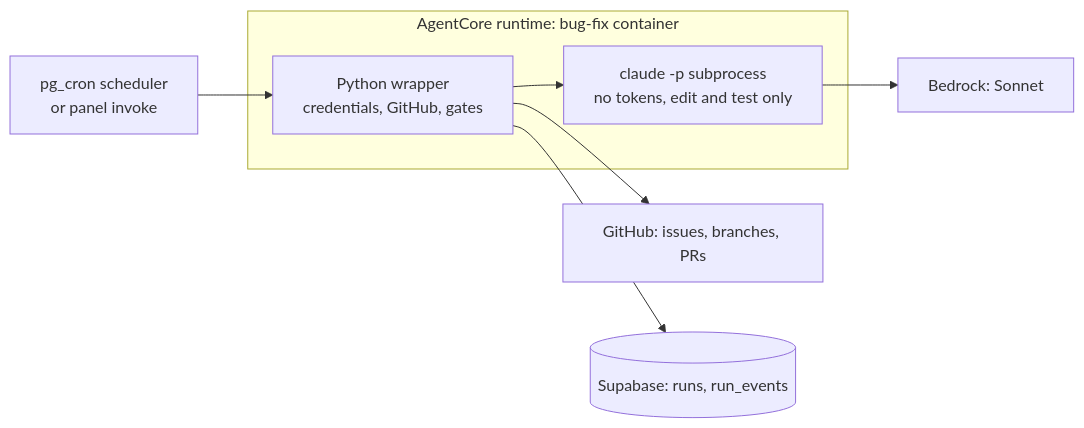
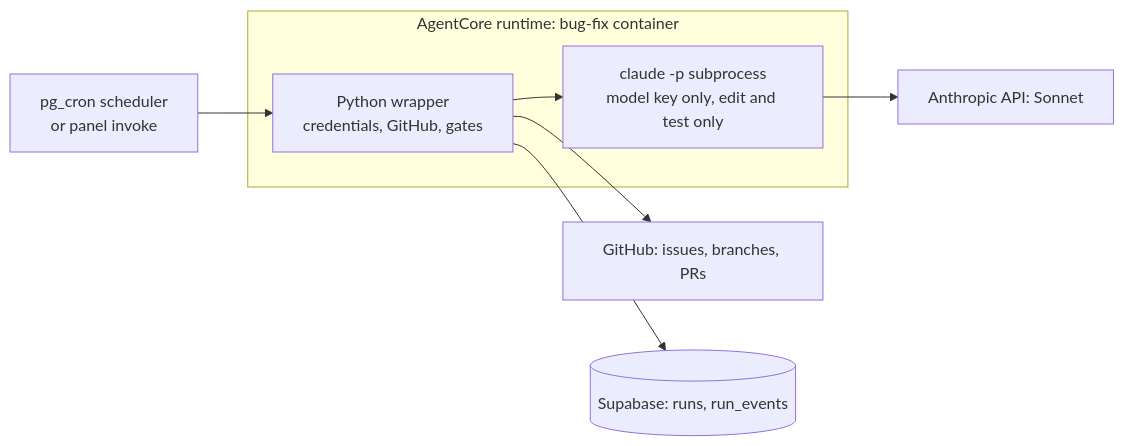
Before and after one commit to llipe/dev-tasks-agent-fleet: the second of 2 diagrams in docs/requirements/prd-bug-fix-agent.md, drawn with Mermaid. The commit also changed other lines of this file and 3 other files, not shown here.

First line of the commit message:
docs(bug-fix): switch model provider to the Anthropic API

````diff
--- a/docs/requirements/prd-bug-fix-agent.md
+++ b/docs/requirements/prd-bug-fix-agent.md
@@ -171,12 +173,12 @@
 ```mermaid
 flowchart LR
     S[pg_cron scheduler<br/>or panel invoke] --> W
     subgraph R[AgentCore runtime: bug-fix container]
         W[Python wrapper<br/>credentials, GitHub, gates]
-        C[claude -p subprocess<br/>no tokens, edit and test only]
+        C[claude -p subprocess<br/>model key only, edit and test only]
         W --> C
     end
     W --> GH[GitHub: issues, branches, PRs]
     W --> DB[(Supabase: runs, run_events)]
-    C --> BR[Bedrock: Sonnet]
+    C --> AN[Anthropic API: Sonnet]
 ```
````
